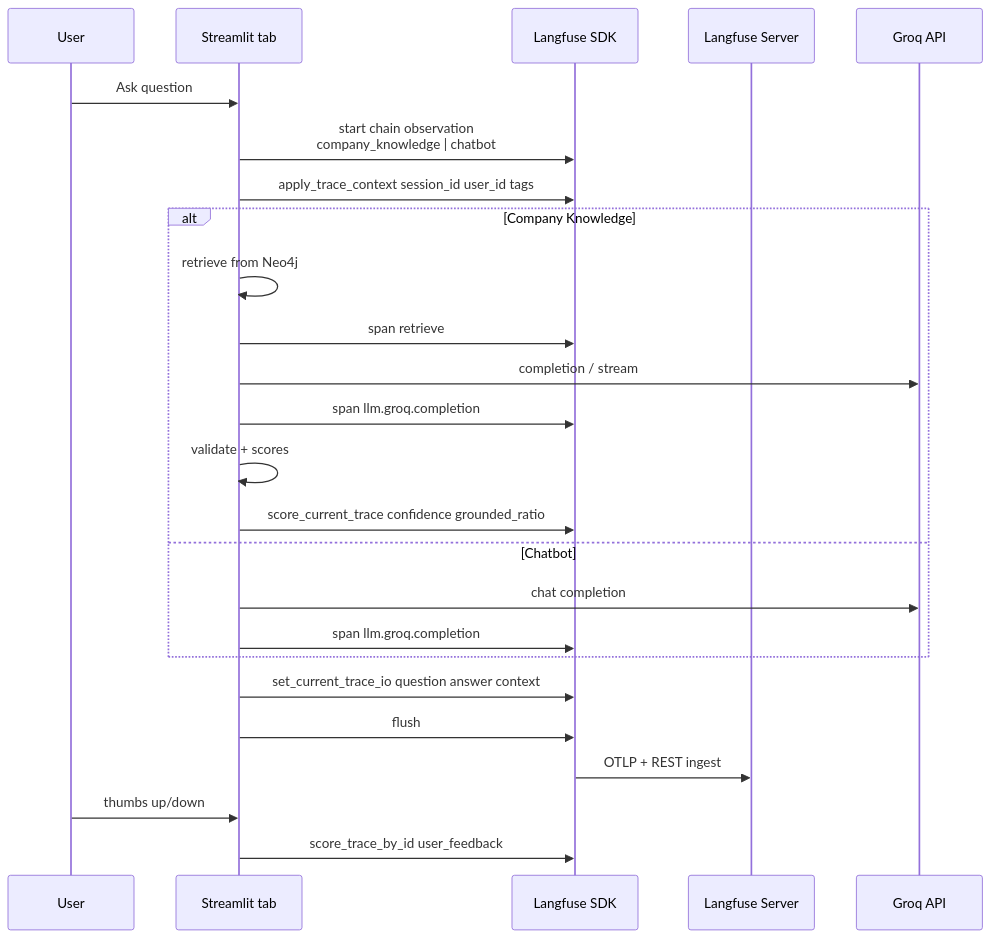
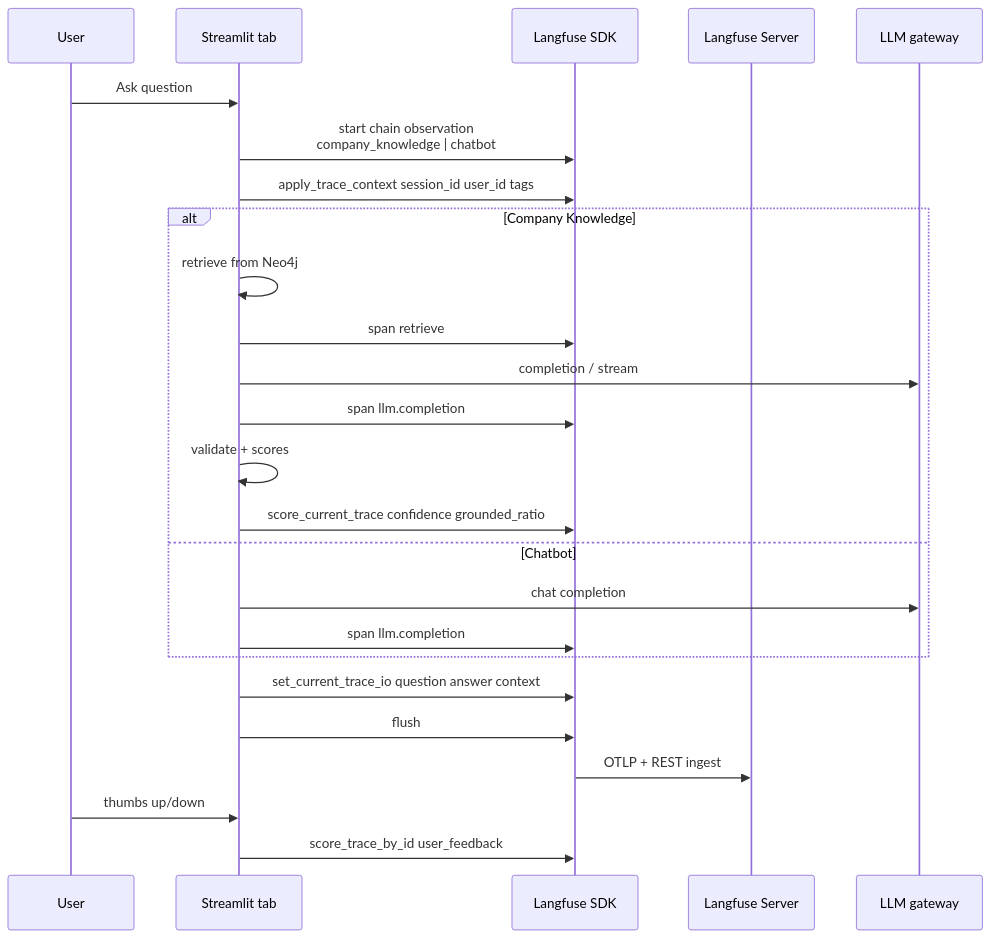
Before and after one commit to mdevaraju99/Langfuse-retention_openobserve_pharmahub: the fifth of 9 diagrams in docs/AIOPS_ARCHITECTURE.md, drawn with Mermaid. The commit also changed other lines of this file and 50 other files, not shown here.

````diff
--- a/docs/AIOPS_ARCHITECTURE.md
+++ b/docs/AIOPS_ARCHITECTURE.md
@@ -171,28 +296,28 @@
 ```mermaid
 sequenceDiagram
     participant U as User
     participant ST as Streamlit tab
     participant LF as Langfuse SDK
     participant API as Langfuse Server
-    participant GQ as Groq API
+    participant GQ as LLM gateway
 
     U->>ST: Ask question
     ST->>LF: start chain observation<br/>company_knowledge | chatbot
     ST->>LF: apply_trace_context session_id user_id tags
     alt Company Knowledge
         ST->>ST: retrieve from Neo4j
         ST->>LF: span retrieve
         ST->>GQ: completion / stream
-        ST->>LF: span llm.groq.completion
+        ST->>LF: span llm.completion
         ST->>ST: validate + scores
         ST->>LF: score_current_trace confidence grounded_ratio
     else Chatbot
         ST->>GQ: chat completion
-        ST->>LF: span llm.groq.completion
+        ST->>LF: span llm.completion
     end
     ST->>LF: set_current_trace_io question answer context
     ST->>LF: flush
     LF->>API: OTLP + REST ingest
     U->>ST: thumbs up/down
     ST->>LF: score_trace_by_id user_feedback
 ```
````
